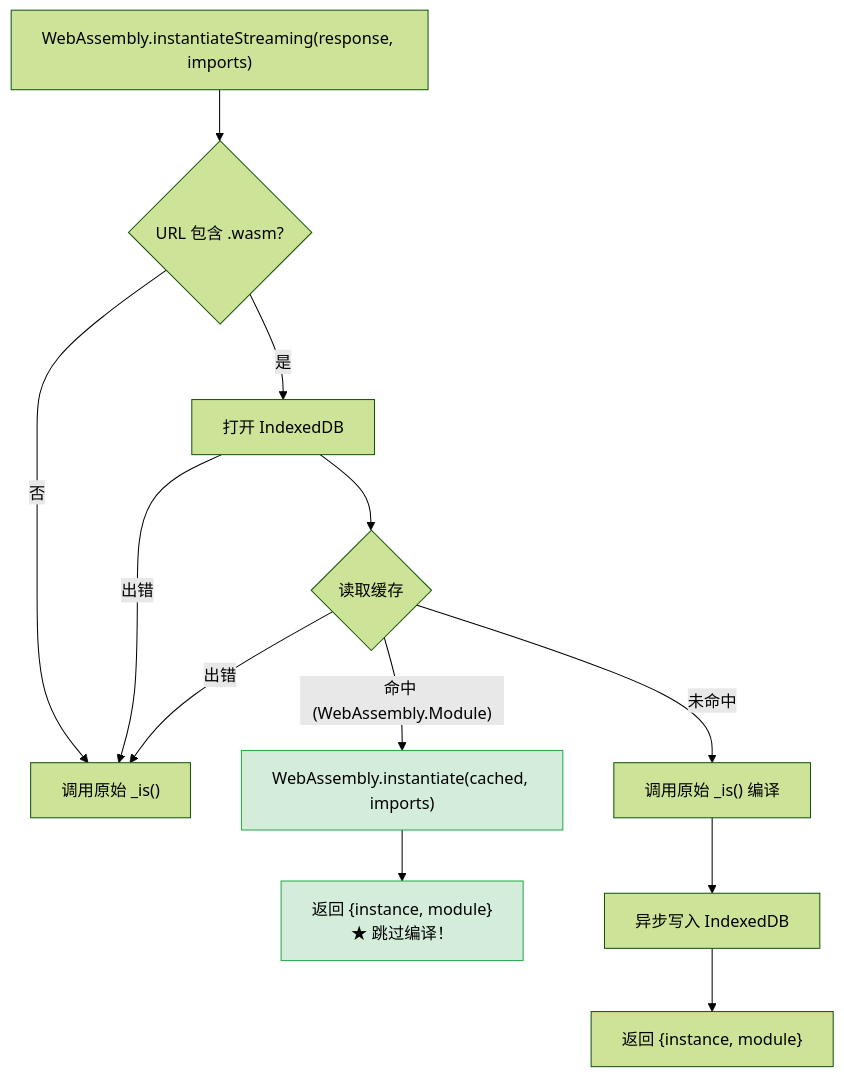
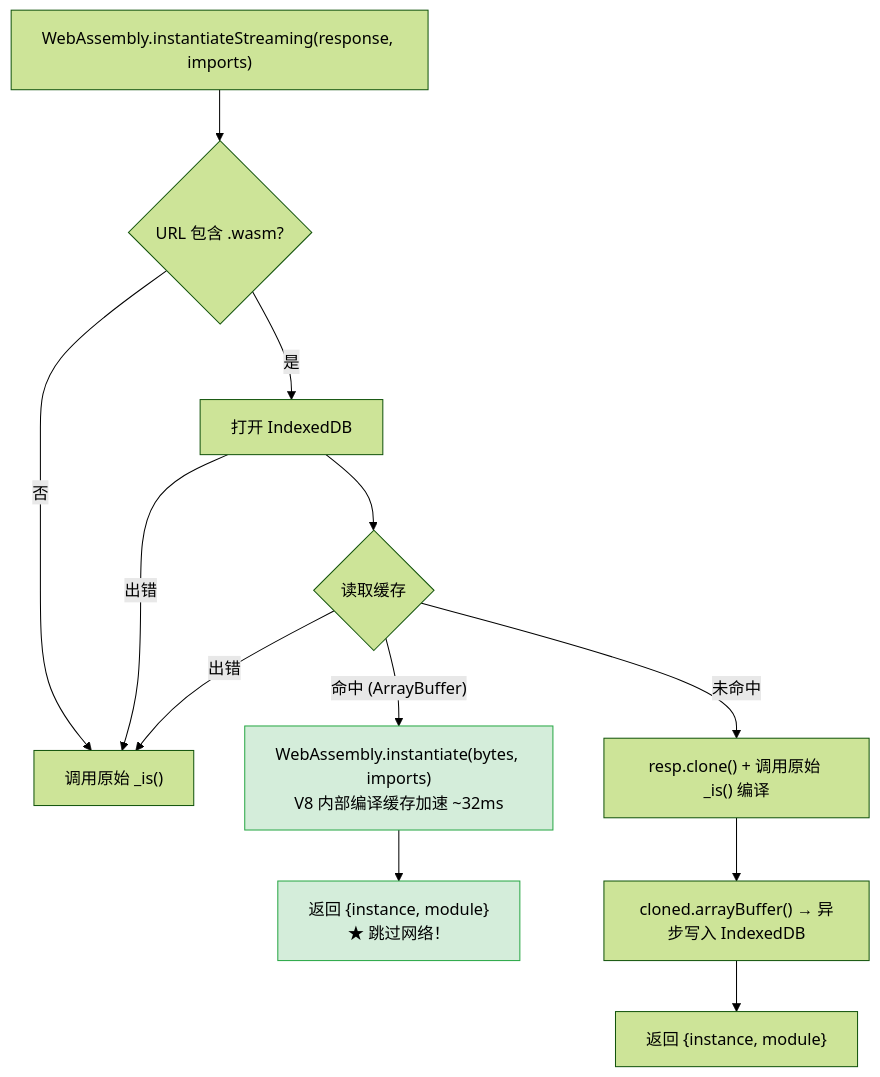
Before and after one commit to acking-you/static_flow: the diagram in docs/wasm-cold-start-deep-dive.md, drawn with Mermaid (forest theme). The commit also changed other lines of this file and 9 other files, not shown here.

````diff
--- a/docs/wasm-cold-start-deep-dive.md
+++ b/docs/wasm-cold-start-deep-dive.md
@@ -467,17 +484,17 @@
 ```mermaid
 flowchart TD
     A["WebAssembly.instantiateStreaming(response, imports)"] --> B{URL 包含 .wasm?}
     B -- 否 --> C["调用原始 _is()"]
     B -- 是 --> D["打开 IndexedDB"]
     D --> E{读取缓存}
-    E -- "命中 (WebAssembly.Module)" --> F["WebAssembly.instantiate(cached, imports)"]
-    F --> G["返回 {instance, module}<br/>★ 跳过编译！"]
-    E -- 未命中 --> H["调用原始 _is() 编译"]
-    H --> I["异步写入 IndexedDB"]
+    E -- "命中 (ArrayBuffer)" --> F["WebAssembly.instantiate(bytes, imports)<br/>V8 内部编译缓存加速 ~32ms"]
+    F --> G["返回 {instance, module}<br/>★ 跳过网络！"]
+    E -- 未命中 --> H["resp.clone() + 调用原始 _is() 编译"]
+    H --> I["cloned.arrayBuffer() → 异步写入 IndexedDB"]
     I --> J["返回 {instance, module}"]
     D -- 出错 --> C
     E -- 出错 --> C
 
     style G fill:#d4edda,stroke:#28a745
     style F fill:#d4edda,stroke:#28a745
 ```
````
